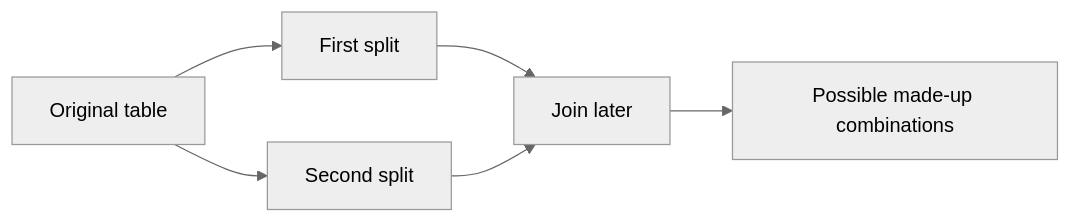
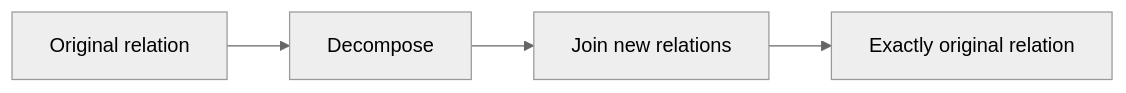
One commit to pentoshi007/prep changed diagram 11 of 14 in DBMS/norm.md. Above: the diagram before and after it, drawn with Mermaid (neutral theme). The commit also changed other lines of this file, not shown here.

````diff
--- a/DBMS/norm.md
+++ b/DBMS/norm.md
@@ -469,8 +774,6 @@
 ```mermaid
 flowchart LR
-    O[Original table] --> A[First split]
-    O --> B[Second split]
-    A --> J[Join later]
-    B --> J
-    J --> W[Possible made-up combinations]
+    A[Original relation] --> B[Decompose]
+    B --> C[Join new relations]
+    C --> D[Exactly original relation]
 ```
````
